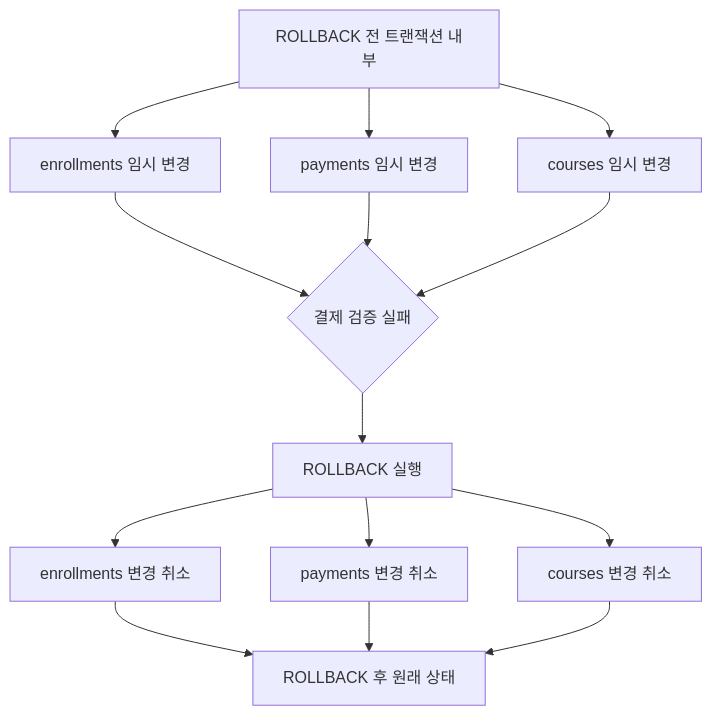
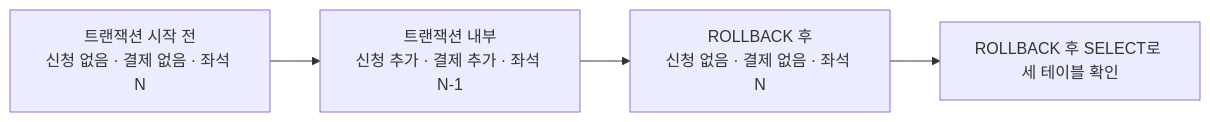
Before and after one commit to GilbertMoon/ai-database-book: the diagram in images/chapter09/ch09_06_rollback_before_after.mmd, drawn with Mermaid.

Commit message:
Simplify Chapter 09 rollback Mermaid

```diff
--- a/images/chapter09/ch09_06_rollback_before_after.mmd
+++ b/images/chapter09/ch09_06_rollback_before_after.mmd
@@ -1,19 +1,6 @@
-flowchart TB
-    A[ROLLBACK 전 트랜잭션 내부]
-    A --> B[enrollments 임시 변경]
-    A --> C[payments 임시 변경]
-    A --> D[courses 임시 변경]
-
-    B --> E{결제 검증 실패}
-    C --> E
-    D --> E
-
-    E --> F[ROLLBACK 실행]
-
-    F --> G[enrollments 변경 취소]
-    F --> H[payments 변경 취소]
-    F --> I[courses 변경 취소]
-
-    G --> J[ROLLBACK 후 원래 상태]
-    H --> J
-    I --> J
+flowchart LR
+    A[트랜잭션 시작 전<br/>신청 없음 · 결제 없음 · 좌석 N]
+    B[트랜잭션 내부<br/>신청 추가 · 결제 추가 · 좌석 N-1]
+    C[ROLLBACK 후<br/>신청 없음 · 결제 없음 · 좌석 N]
+    A --> B --> C
+    C --> D[ROLLBACK 후 SELECT로 세 테이블 확인]
```
